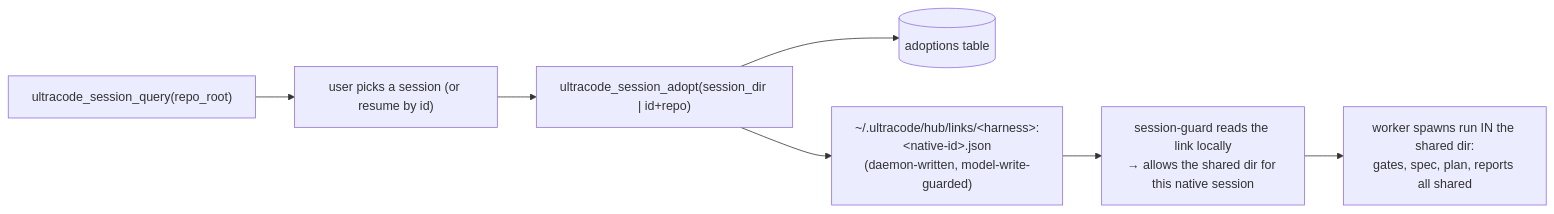
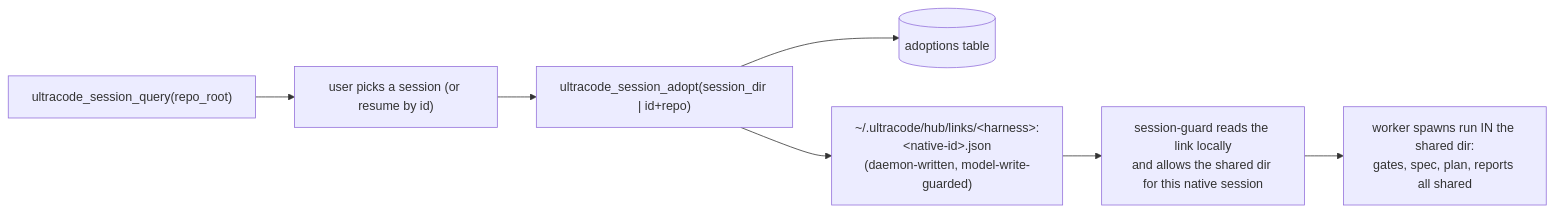
The third of 4 diagrams in docs/hub.md (diepquynh/ultracode), drawn with Mermaid before and after one commit. The commit also changed other lines of this file and 36 other files, not shown here.

````diff
--- a/docs/hub.md
+++ b/docs/hub.md
@@ -161,9 +162,9 @@
 ```mermaid
 flowchart LR
     Q["ultracode_session_query(repo_root)"] --> PICK["user picks a session (or resume by id)"]
     PICK --> A["ultracode_session_adopt(session_dir | id+repo)"]
     A --> DB[("adoptions table")]
     A --> LINK["~/.ultracode/hub/links/&lt;harness&gt;:&lt;native-id&gt;.json<br/>(daemon-written, model-write-guarded)"]
-    LINK --> SG["session-guard reads the link locally<br/>→ allows the shared dir for this native session"]
+    LINK --> SG["session-guard reads the link locally<br/>and allows the shared dir for this native session"]
     SG --> WORK["worker spawns run IN the shared dir:<br/>gates, spec, plan, reports all shared"]
 ```
````
